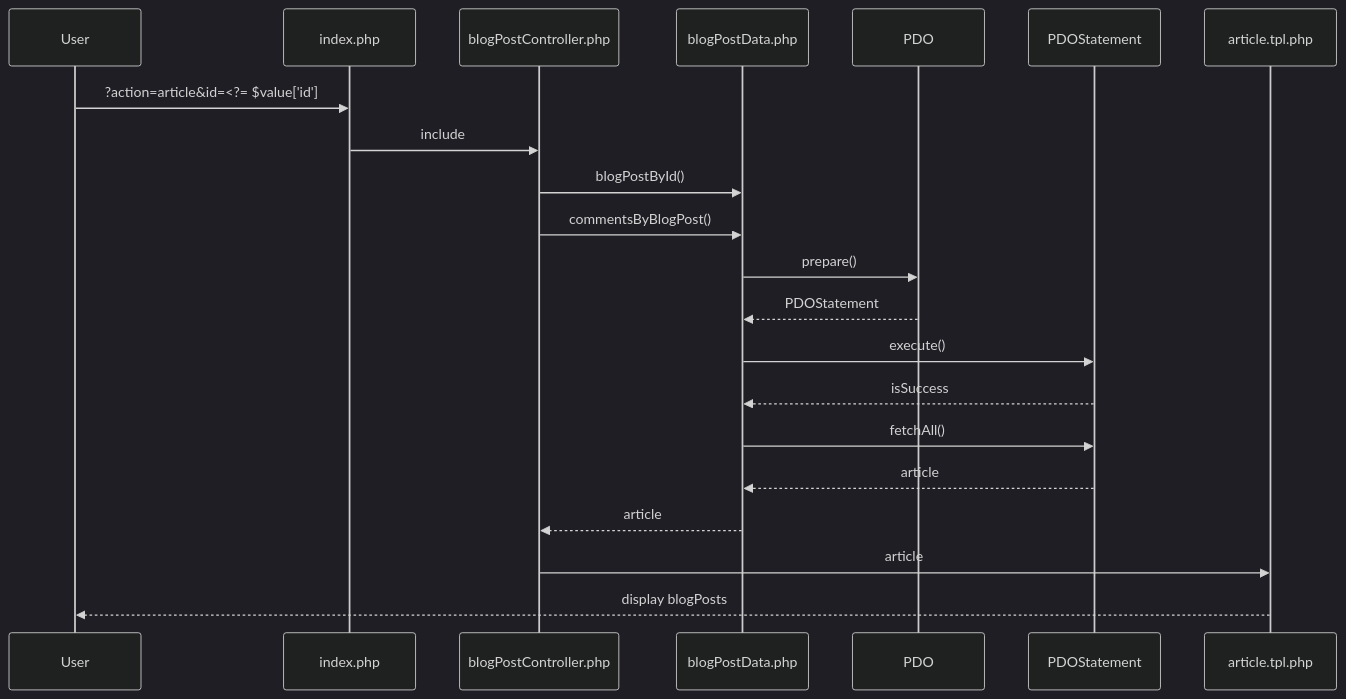
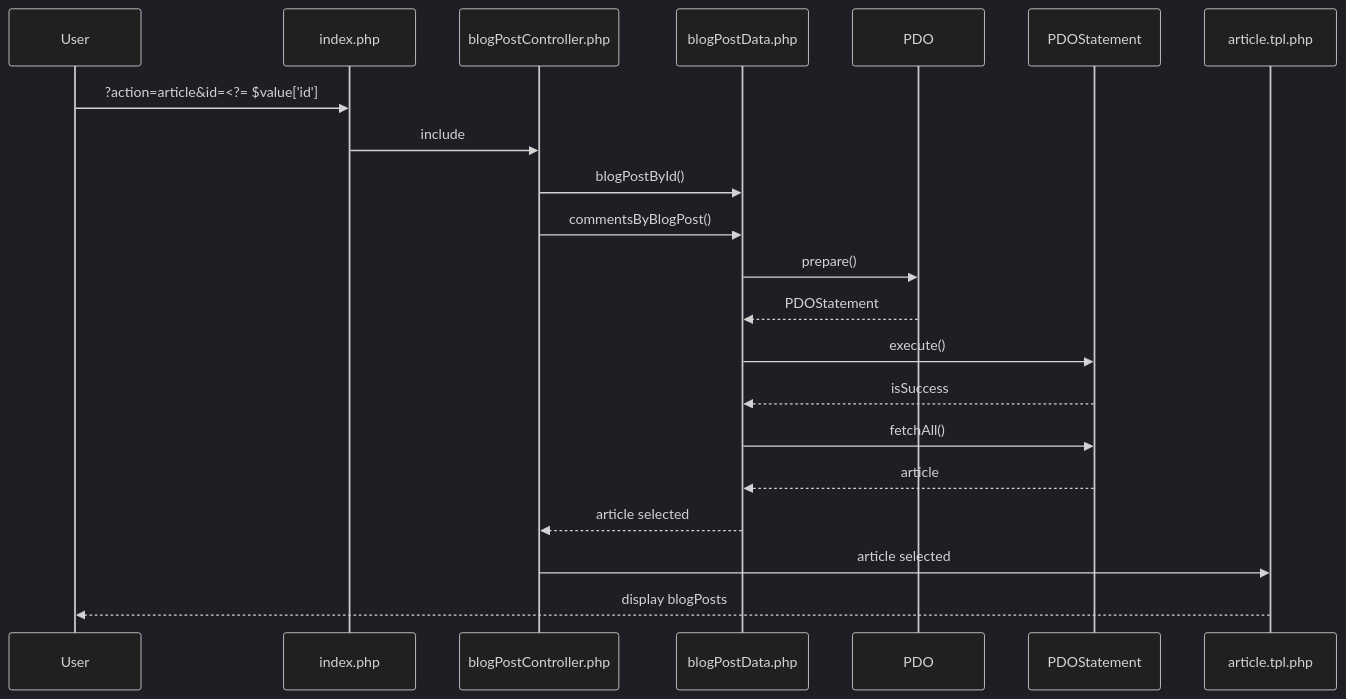
One commit to jamilabidi/blog changed the third of 5 diagrams in doc/diagramm.md. Above: the diagram before and after it, drawn with Mermaid (dark theme). The commit also changed other lines of this file and 1 other file, not shown here.

Commit message:
diagramm.md mis à jour avec modifier post

````diff
--- a/doc/diagramm.md
+++ b/doc/diagramm.md
@@ -28,16 +28,16 @@
 ```mermaid
 sequenceDiagram
 User->>index.php: ?action=article&id=<?= $value['id']
 index.php->>blogPostController.php: include
 blogPostController.php->>blogPostData.php: blogPostById()
 blogPostController.php->>blogPostData.php: commentsByBlogPost()
 blogPostData.php->>PDO: prepare()
 PDO-->>blogPostData.php: PDOStatement
 blogPostData.php->>PDOStatement: execute()
 PDOStatement-->>blogPostData.php: isSuccess
 blogPostData.php->>PDOStatement: fetchAll()
 PDOStatement-->>blogPostData.php: article
-blogPostData.php-->>blogPostController.php: article
-blogPostController.php->>article.tpl.php: article
+blogPostData.php-->>blogPostController.php: article selected
+blogPostController.php->>article.tpl.php: article selected
 article.tpl.php-->>User: display blogPosts
 ```
````
